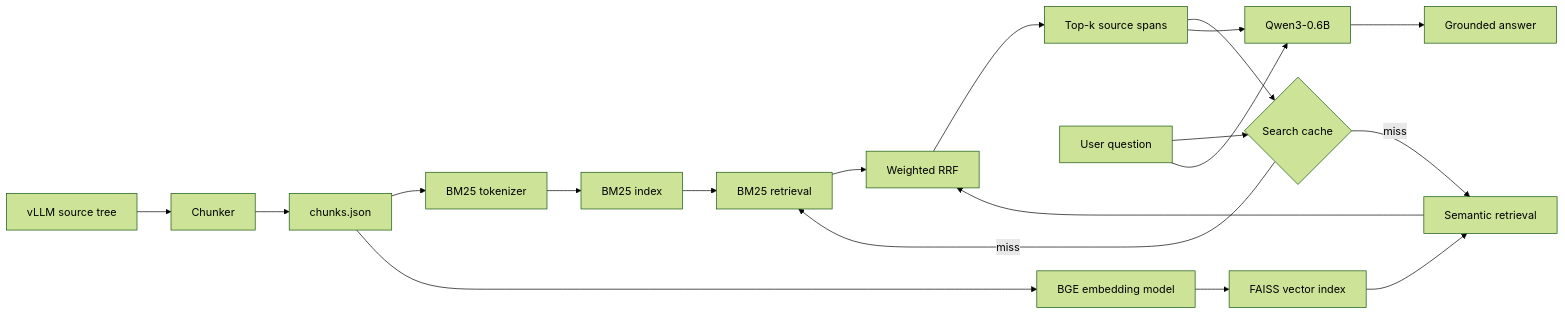
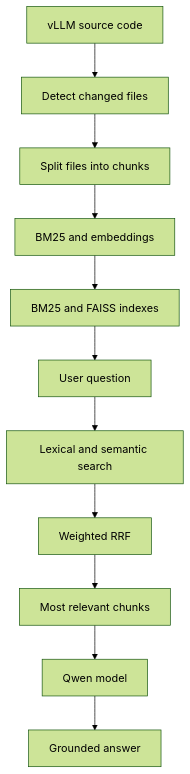
One commit to Rubenex29/RAG changed the diagram in README.md. Above: the diagram before and after it, drawn with Mermaid (forest theme). The commit also changed other lines of this file, not shown here.

Commit message:
docs: update README with new system architecture and chunking details

````diff
--- a/README.md
+++ b/README.md
@@ -42,22 +42,13 @@
 ```mermaid
-flowchart LR
-    A[vLLM source tree] --> B[Chunker]
-    B --> C[chunks.json]
-    C --> D[BM25 tokenizer]
-    C --> E[BGE embedding model]
-    D --> F[BM25 index]
-    E --> G[FAISS vector index]
-
-    Q[User question] --> H{Search cache}
-    H -->|miss| I[BM25 retrieval]
-    H -->|miss| J[Semantic retrieval]
-    F --> I
-    G --> J
-    I --> K[Weighted RRF]
-    J --> K
-    K --> L[Top-k source spans]
-    L --> H
-    L --> M[Qwen3-0.6B]
-    Q --> M
-    M --> N[Grounded answer]
+flowchart TD
+    A[vLLM source code] --> B[Detect changed files]
+    B --> C[Split files into chunks]
+    C --> D[BM25 and embeddings]
+    D --> E[BM25 and FAISS indexes]
+    E --> F[User question]
+    F --> G[Lexical and semantic search]
+    G --> H[Weighted RRF]
+    H --> I[Most relevant chunks]
+    I --> J[Qwen model]
+    J --> K[Grounded answer]
 ```
````
